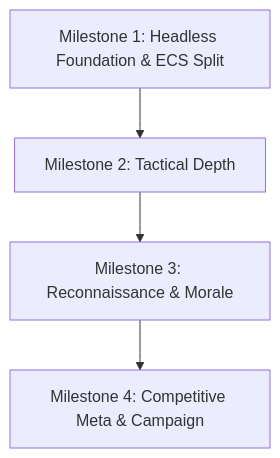
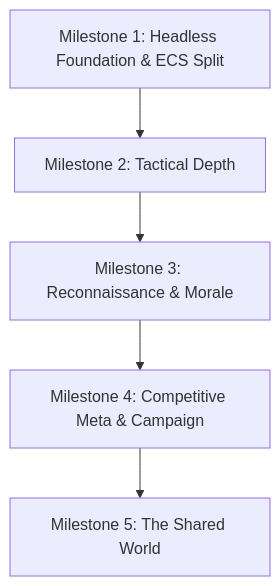
Before and after one commit to lordvlad/tictac: the diagram in docs/plans/roadmap.md, drawn with Mermaid. The commit also changed other lines of this file and 6 other files, not shown here.

First line of the commit message:
docs(plan): M5 — the shared world, as tickets

````diff
--- a/docs/plans/roadmap.md
+++ b/docs/plans/roadmap.md
@@ -20,6 +20,7 @@
 ```mermaid
 graph TD
     M1[Milestone 1: Headless Foundation & ECS Split] --> M2[Milestone 2: Tactical Depth]
     M2 --> M3[Milestone 3: Reconnaissance & Morale]
     M3 --> M4[Milestone 4: Competitive Meta & Campaign]
+    M4 --> M5[Milestone 5: The Shared World]
 ```
````
